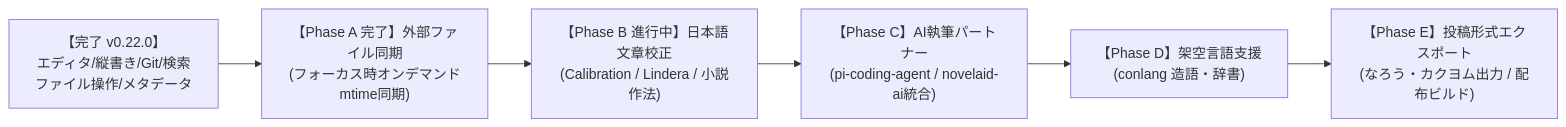
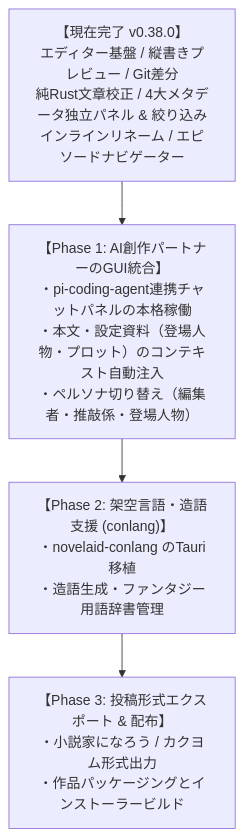
Before and after one commit to mituha/novelaide: the diagram in docs/dev/3アプリ機能実装状況比較およびnovelaide開発計画.md, drawn with Mermaid. The commit also changed other lines of this file and 2 other files, not shown here.

````diff
--- a/docs/dev/3アプリ機能実装状況比較およびnovelaide開発計画.md
+++ b/docs/dev/3アプリ機能実装状況比較およびnovelaide開発計画.md
@@ -89,12 +82,14 @@
 ```mermaid
-flowchart LR
-    P0["【完了 v0.22.0】\nエディタ/縦書き/Git/検索\nファイル操作/メタデータ"]
+flowchart TD
+    Current["【現在完了 v0.38.0】\nエディター基盤 / 縦書きプレビュー / Git差分\n純Rust文章校正 / 4大メタデータ独立パネル & 絞り込み\nインラインリネーム / エピソードナビゲーター"]
     
-    P1["【Phase A 完了】外部ファイル同期\n(フォーカス時オンデマンドmtime同期)"]
-    P2["【Phase B 進行中】日本語文章校正\n(Calibration / Lindera / 小説作法)"]
-    P3["【Phase C】AI執筆パートナー\n(pi-coding-agent / novelaid-ai統合)"]
-    P4["【Phase D】架空言語支援\n(conlang 造語・辞書)"]
-    P5["【Phase E】投稿形式エクスポート\n(なろう・カクヨム出力 / 配布ビルド)"]
+    PhaseAI["【Phase 1: AI創作パートナーのGUI統合】\n・pi-coding-agent連携チャットパネルの本格稼働\n・本文・設定資料（登場人物・プロット）のコンテキスト自動注入\n・ペルソナ切り替え（編集者・推敲係・登場人物）"]
+    
+    PhaseConlang["【Phase 2: 架空言語・造語支援 (conlang)】\n・novelaid-conlang のTauri移植\n・造語生成・ファンタジー用語辞書管理"]
+    
+    PhaseExport["【Phase 3: 投稿形式エクスポート & 配布】\n・小説家になろう / カクヨム形式出力\n・作品パッケージングとインストーラービルド"]
 
-    P0 --> P1 --> P2 --> P3 --> P4 --> P5
+    Current --> PhaseAI
+    PhaseAI --> PhaseConlang
+    PhaseConlang --> PhaseExport
 ```
````
